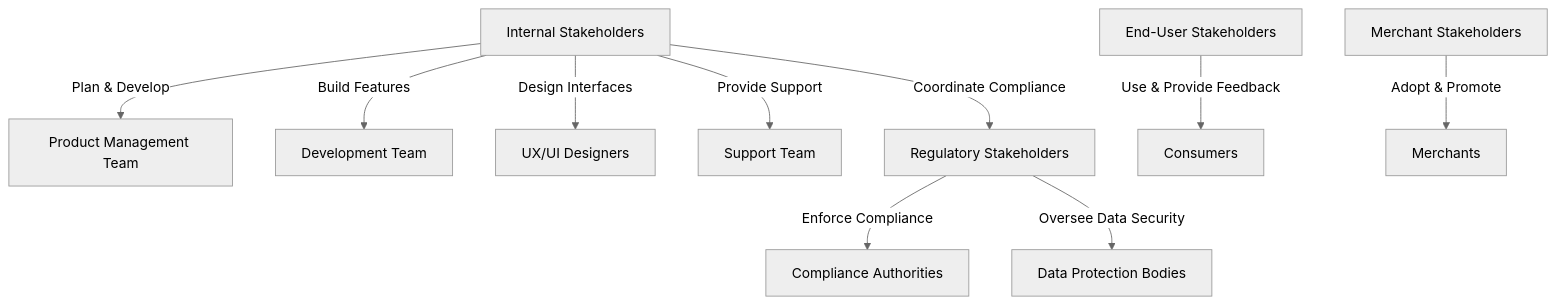
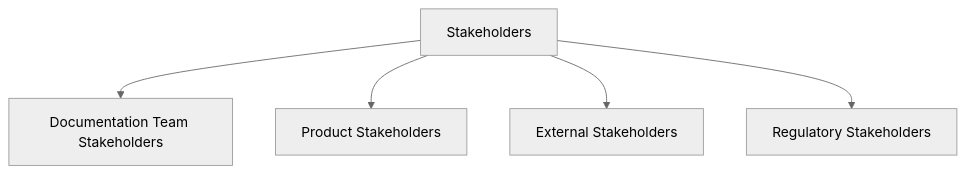
The first of 4 diagrams in Assignment/Stakeholders.md (IIITLucknowSWEngg/CSAICSBTeam017), drawn with Mermaid (neutral theme) before and after one commit. The commit also changed other lines of this file, not shown here.

````diff
--- a/Assignment/Stakeholders.md
+++ b/Assignment/Stakeholders.md
@@ -36,12 +104,8 @@
-```mermaid
-graph TD
-    A[Internal Stakeholders] -->|Plan & Develop| PM[Product Management Team]
-    A -->|Build Features| DT[Development Team]
-    A -->|Design Interfaces| UX[UX/UI Designers]
-    A -->|Provide Support| ST[Support Team]
-    B[End-User Stakeholders] -->|Use & Provide Feedback| EU[Consumers]
-    C[Merchant Stakeholders] -->|Adopt & Promote| M[Merchants]
-    D[Regulatory Stakeholders] -->|Enforce Compliance| CA[Compliance Authorities]
-    D -->|Oversee Data Security| DP[Data Protection Bodies]
-    A -->|Coordinate Compliance| D
-```
+```mermaid  
+graph TD  
+    A[Stakeholders]  
+    A --> B[Documentation Team Stakeholders]  
+    A --> C[Product Stakeholders]  
+    A --> D[External Stakeholders]  
+    A --> E[Regulatory Stakeholders]  
+```  
````
